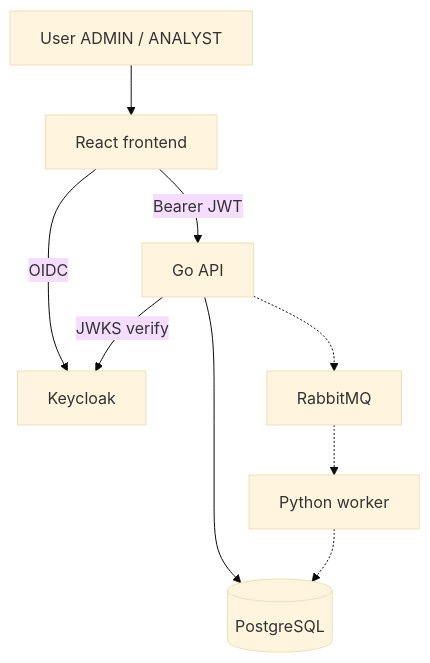
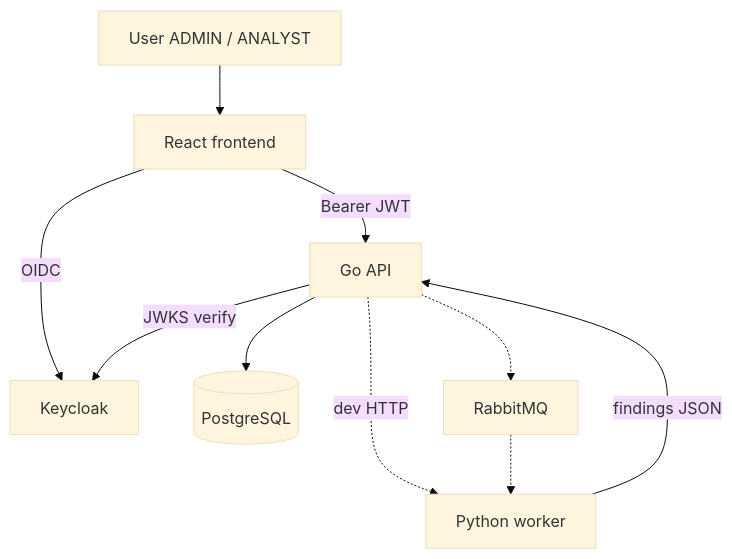
Before and after one commit to ChakerYaakoub/CyberWatch: the diagram in DEVELOPMENT_PLAN.md, drawn with Mermaid (base theme). The commit also changed other lines of this file and 23 other files, not shown here.

Commit message:
feat: add Python FastAPI security scanner worker with passive scan pipeline

````diff
--- a/DEVELOPMENT_PLAN.md
+++ b/DEVELOPMENT_PLAN.md
@@ -31,11 +29,12 @@
 ```mermaid
 flowchart TB
   User["User ADMIN / ANALYST"] --> FE[React frontend]
   FE -->|"OIDC"| KC[Keycloak]
   FE -->|"Bearer JWT"| API[Go API]
   API -->|"JWKS verify"| KC
   API --> DB[(PostgreSQL)]
+  API -.->|"dev HTTP"| Worker[Python worker]
   API -.-> MQ[RabbitMQ]
-  MQ -.-> Worker[Python worker]
-  Worker -.-> DB
+  MQ -.-> Worker
+  Worker -->|"findings JSON"| API
 ```
````
